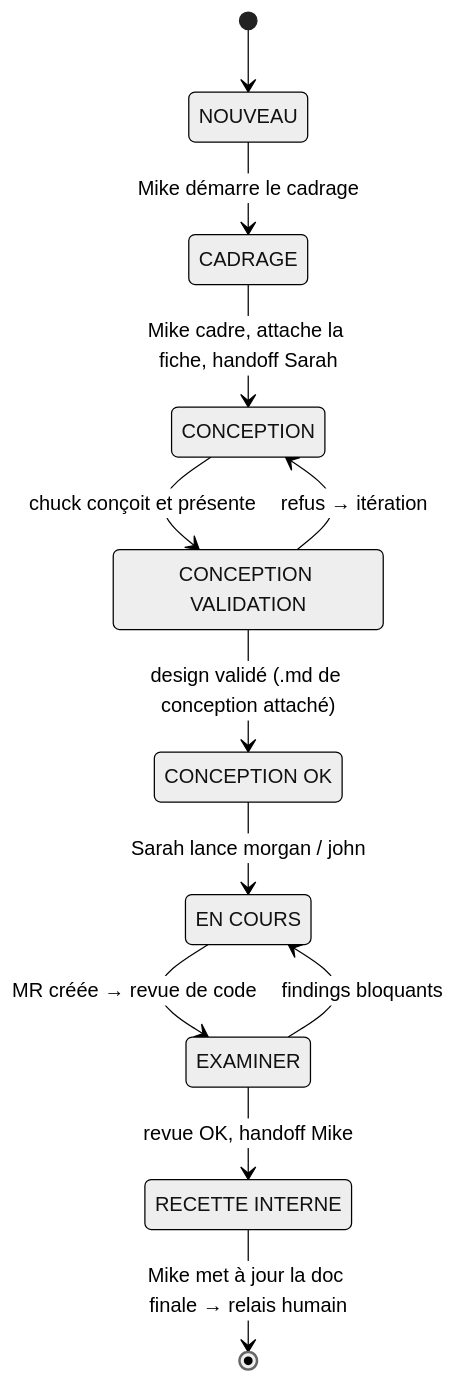
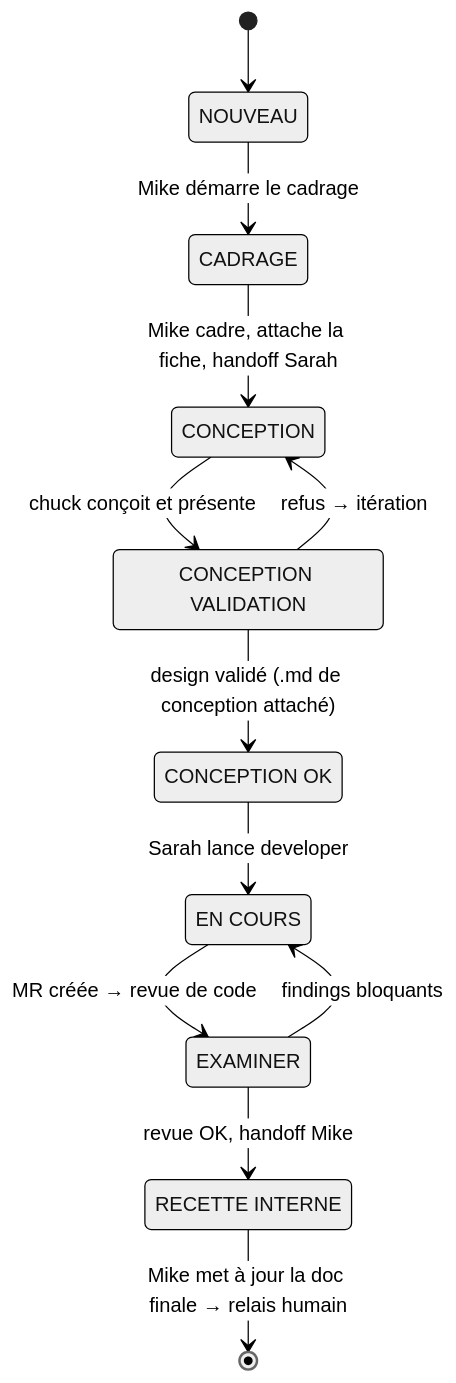
One commit to ezacae/ezacae-tooling changed the first of 2 diagrams in plugins/ezacae-jira/skills/jira-pipeline/PIPELINE.md. Above: the diagram before and after it, drawn with Mermaid (neutral theme). The commit also changed other lines of this file and 19 other files, not shown here.

First line of the commit message:
refactor(ezacae-dev): fusion john+morgan → skill unique developer (0.4.0)

````diff
--- a/plugins/ezacae-jira/skills/jira-pipeline/PIPELINE.md
+++ b/plugins/ezacae-jira/skills/jira-pipeline/PIPELINE.md
@@ -32,23 +31,23 @@
 ```mermaid
 stateDiagram-v2
     state "NOUVEAU" as NOUVEAU
     state "CADRAGE" as CADRAGE
     state "CONCEPTION" as CONCEPTION
     state "CONCEPTION VALIDATION" as CV
     state "CONCEPTION OK" as COK
     state "EN COURS" as ENCOURS
     state "EXAMINER" as EXAMINER
     state "RECETTE INTERNE" as RI
 
     [*] --> NOUVEAU
     NOUVEAU --> CADRAGE : Mike démarre le cadrage
     CADRAGE --> CONCEPTION : Mike cadre, attache la fiche, handoff Sarah
     CONCEPTION --> CV : chuck conçoit et présente
     CV --> CONCEPTION : refus → itération
     CV --> COK : design validé (.md de conception attaché)
-    COK --> ENCOURS : Sarah lance morgan / john
+    COK --> ENCOURS : Sarah lance developer
     ENCOURS --> EXAMINER : MR créée → revue de code
     EXAMINER --> ENCOURS : findings bloquants
     EXAMINER --> RI : revue OK, handoff Mike
     RI --> [*] : Mike met à jour la doc finale → relais humain
 ```
````
